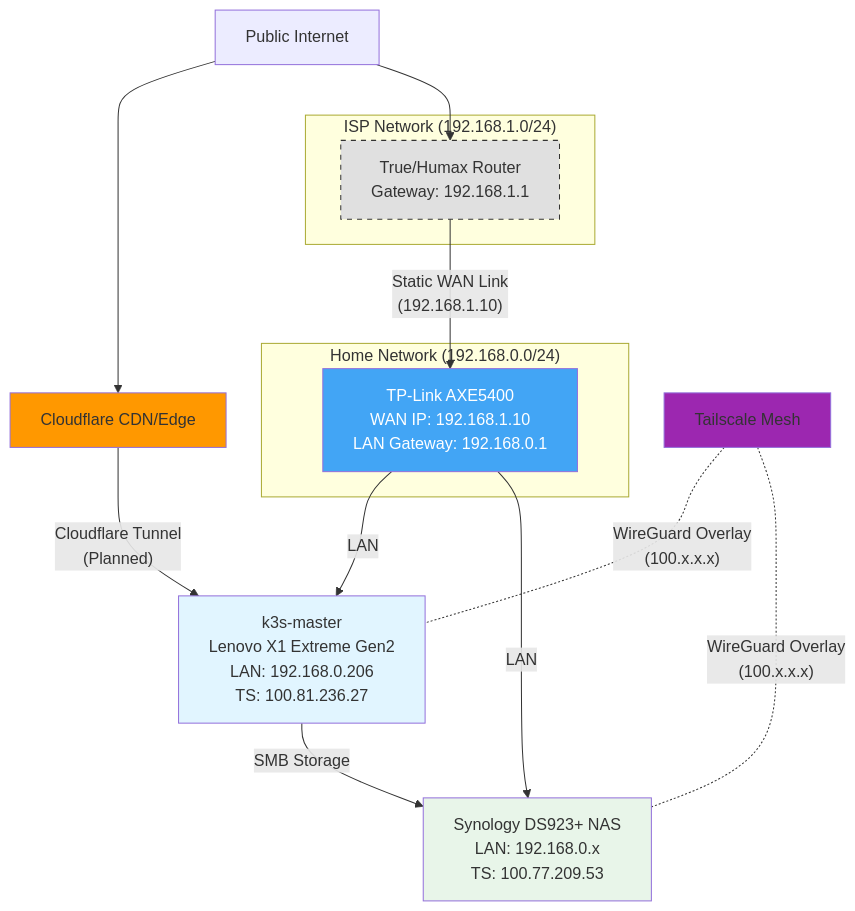
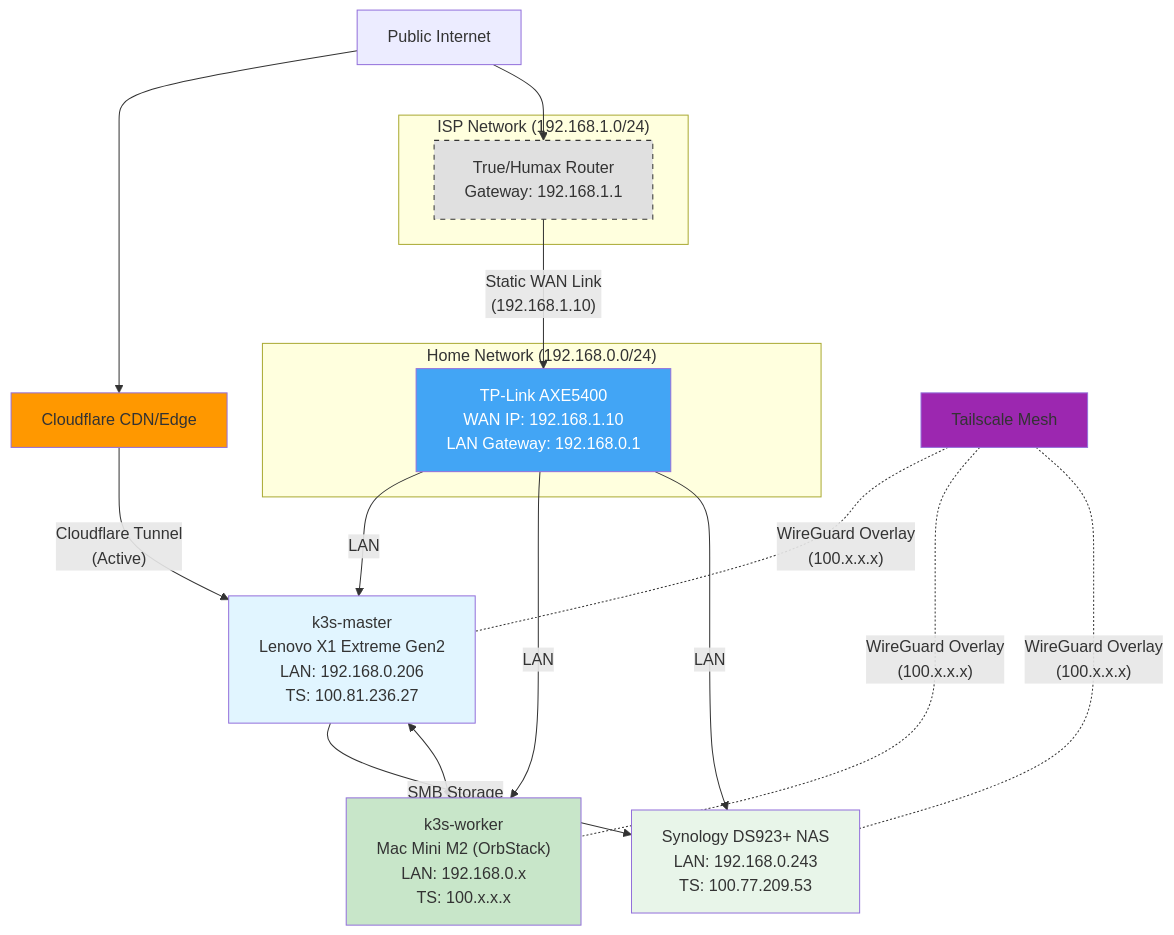
Before and after one commit to kanokgan/home-brain: the second of 3 diagrams in README.md, drawn with Mermaid. The commit also changed other lines of this file and 4 other files, not shown here.

First line of the commit message:
docs: Update architecture for dual-node k3s cluster with k3s-worker

````diff
--- a/README.md
+++ b/README.md
@@ -51,22 +59,24 @@
 ```mermaid
 flowchart TB
  subgraph ISP_Layer["ISP Network (192.168.1.0/24)"]
         ISPRouter["True/Humax Router<br>Gateway: 192.168.1.1"]
   end
  subgraph Home_Core["Home Network (192.168.0.0/24)"]
         TPLink["TP-Link AXE5400<br>WAN IP: 192.168.1.10<br>LAN Gateway: 192.168.0.1"]
   end
     Internet["Public Internet"] --> CloudflareCDN["Cloudflare CDN/Edge"] & ISPRouter
     ISPRouter -- "Static WAN Link<br>(192.168.1.10)" --> TPLink
-    TPLink -- LAN --> K3sMaster["k3s-master<br>Lenovo X1 Extreme Gen2<br>LAN: 192.168.0.206<br>TS: 100.81.236.27"] & NAS["Synology DS923+ NAS<br>LAN: 192.168.0.x<br>TS: 100.77.209.53"]
-    CloudflareCDN -- Cloudflare Tunnel<br>(Planned) --> K3sMaster
-    TailscaleRelay["Tailscale Mesh"] -. "WireGuard Overlay<br>(100.x.x.x)" .- K3sMaster & NAS
+    TPLink -- LAN --> K3sMaster["k3s-master<br>Lenovo X1 Extreme Gen2<br>LAN: 192.168.0.206<br>TS: 100.81.236.27"] & K3sWorker["k3s-worker<br>Mac Mini M2 (OrbStack)<br>LAN: 192.168.0.x<br>TS: 100.x.x.x"] & NAS["Synology DS923+ NAS<br>LAN: 192.168.0.243<br>TS: 100.77.209.53"]
+    CloudflareCDN -- Cloudflare Tunnel<br>(Active) --> K3sMaster
+    TailscaleRelay["Tailscale Mesh"] -. "WireGuard Overlay<br>(100.x.x.x)" .- K3sMaster & K3sWorker & NAS
     K3sMaster -- SMB Storage --> NAS
+    K3sMaster <--> K3sWorker
 
     style CloudflareCDN fill:#ff9800
     style ISPRouter fill:#e0e0e0,stroke:#333,stroke-dasharray: 5 5
     style TPLink fill:#42a5f5,color:white
     style K3sMaster fill:#e1f5ff
+    style K3sWorker fill:#c8e6c9
     style NAS fill:#e8f5e9
     style TailscaleRelay fill:#9c27b0
 ```
````
